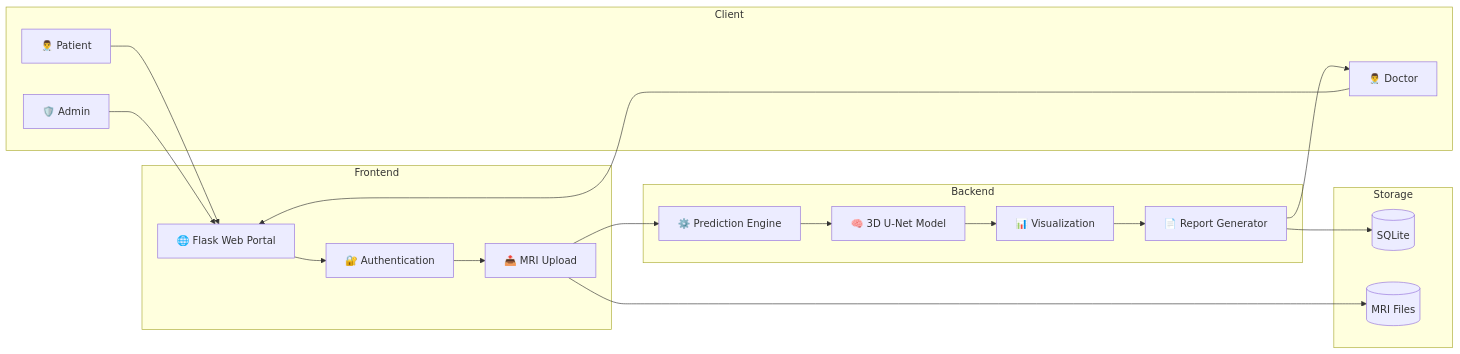
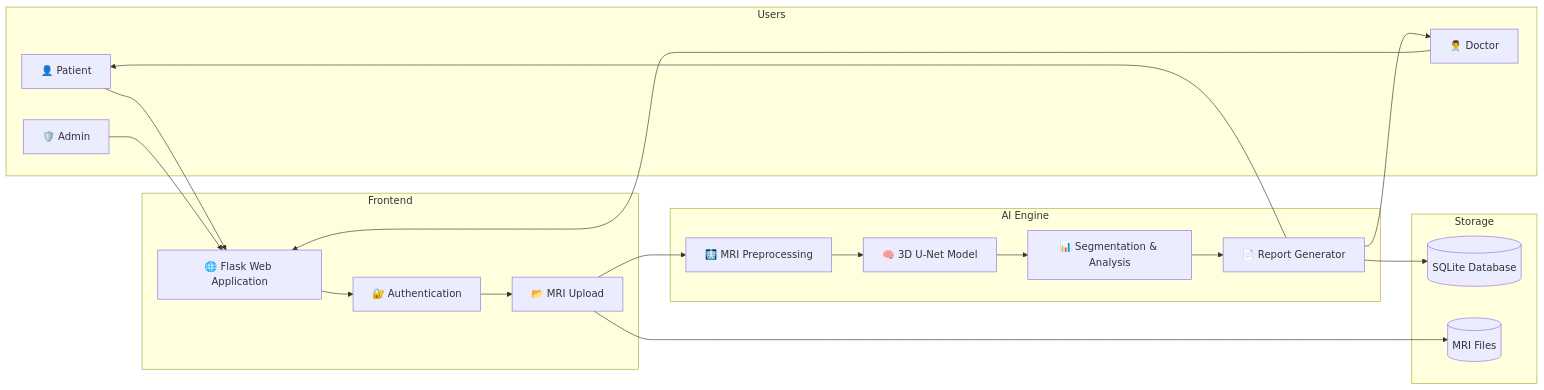
Before and after one commit to manojroyal422/BRAIN-TUMOR-SEGMENTATION-FROM-MUTLI-MODEL-MRI.: the first of 2 diagrams in README.md, drawn with Mermaid. The commit also changed other lines of this file, not shown here.

````diff
--- a/README.md
+++ b/README.md
@@ -167,48 +112,45 @@
 ```mermaid
 flowchart LR
 
-subgraph Client
-A[👨‍⚕️ Patient]
-B[👨‍⚕️ Doctor]
-C[🛡️ Admin]
+subgraph Users
+    A[👤 Patient]
+    B[👨‍⚕️ Doctor]
+    C[🛡️ Admin]
 end
 
 subgraph Frontend
-D[🌐 Flask Web Portal]
-E[🔐 Authentication]
-F[📤 MRI Upload]
+    D[🌐 Flask Web Application]
+    E[🔐 Authentication]
+    F[📂 MRI Upload]
 end
 
-subgraph Backend
-G[⚙️ Prediction Engine]
-H[🧠 3D U-Net Model]
-I[📊 Visualization]
-J[📄 Report Generator]
+subgraph AI Engine
+    G[🩻 MRI Preprocessing]
+    H[🧠 3D U-Net Model]
+    I[📊 Segmentation & Analysis]
+    J[📄 Report Generator]
 end
 
 subgraph Storage
-K[(SQLite)]
-L[(MRI Files)]
+    K[(SQLite Database)]
+    L[(MRI Files)]
 end
 
 A --> D
 B --> D
 C --> D
 
 D --> E
 E --> F
 
 F --> G
-
 G --> H
-
 H --> I
-
 I --> J
 
 J --> K
-
 F --> L
 
 J --> B
+J --> A
 ```
````
